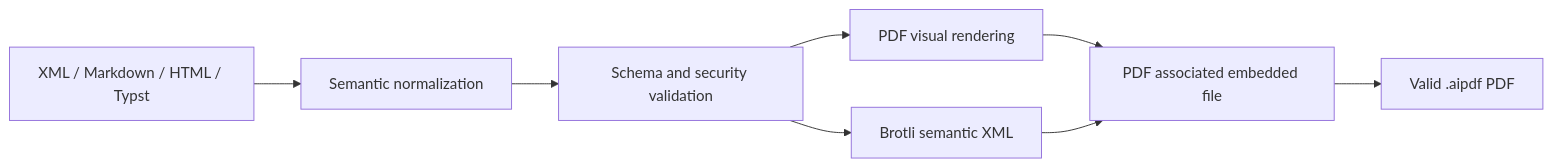
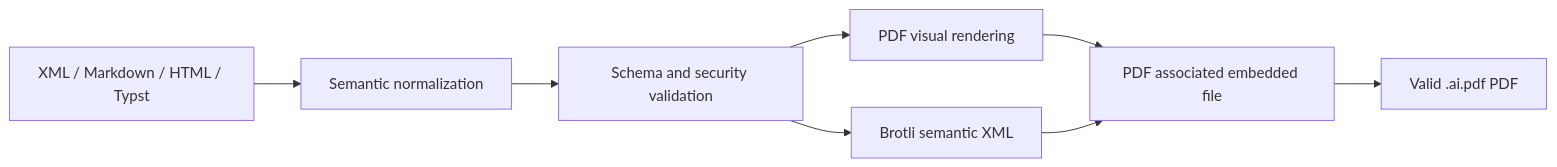
The first of 2 diagrams in docs/diagrams/architecture.md (tanmaysheoran/ai.pdf), drawn with Mermaid before and after one commit. The commit also changed other lines of this file and 19 other files, not shown here.

Commit message:
chore: rename file extension from .aipdf to .ai.pdf throughout codebase and documentation

````diff
--- a/docs/diagrams/architecture.md
+++ b/docs/diagrams/architecture.md
@@ -5,10 +5,10 @@
 ```mermaid
 flowchart LR
   Source["XML / Markdown / HTML / Typst"] --> Normalize["Semantic normalization"]
   Normalize --> Validate["Schema and security validation"]
   Validate --> Render["PDF visual rendering"]
   Validate --> Compress["Brotli semantic XML"]
   Render --> Embed["PDF associated embedded file"]
   Compress --> Embed
-  Embed --> AIPDF["Valid .aipdf PDF"]
+  Embed --> AIPDF["Valid .ai.pdf PDF"]
 ```
````
